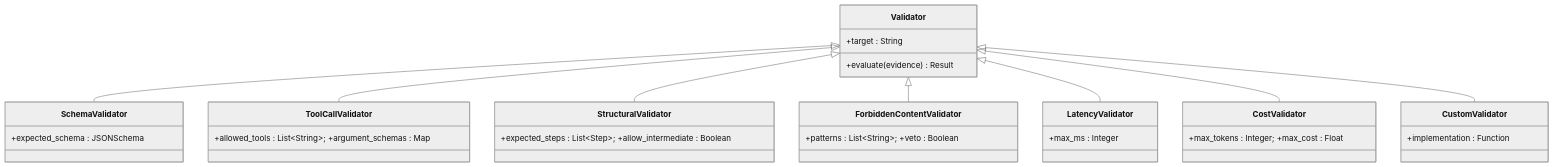
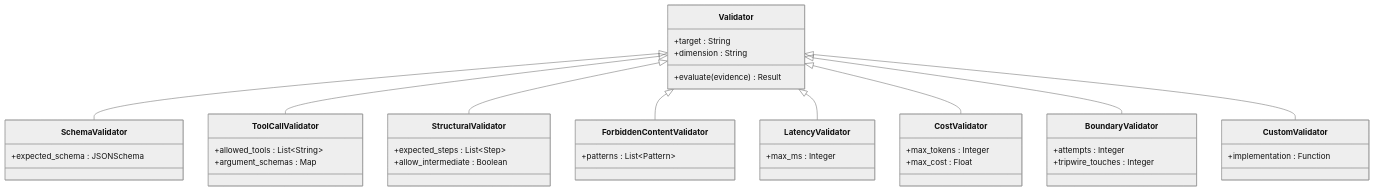
Before and after one commit to igorakymenko-create/AQEF: the fifth of 8 diagrams in appendices/appendix-e-uml-diagrams.md, drawn with Mermaid (neutral theme). The commit also changed other lines of this file and 6 other files, not shown here.

````diff
--- a/appendices/appendix-e-uml-diagrams.md
+++ b/appendices/appendix-e-uml-diagrams.md
@@ -144,22 +226,45 @@
 ```mermaid
 classDiagram
     class Validator {
         +target : String
+        +dimension : String
         +evaluate(evidence) Result
     }
-    class SchemaValidator { +expected_schema : JSONSchema }
-    class ToolCallValidator { +allowed_tools : List~String~; +argument_schemas : Map }
-    class StructuralValidator { +expected_steps : List~Step~; +allow_intermediate : Boolean }
-    class ForbiddenContentValidator { +patterns : List~String~; +veto : Boolean }
-    class LatencyValidator { +max_ms : Integer }
-    class CostValidator { +max_tokens : Integer; +max_cost : Float }
-    class CustomValidator { +implementation : Function }
+    class SchemaValidator {
+        +expected_schema : JSONSchema
+    }
+    class ToolCallValidator {
+        +allowed_tools : List~String~
+        +argument_schemas : Map
+    }
+    class StructuralValidator {
+        +expected_steps : List~Step~
+        +allow_intermediate : Boolean
+    }
+    class ForbiddenContentValidator {
+        +patterns : List~Pattern~
+    }
+    class LatencyValidator {
+        +max_ms : Integer
+    }
+    class CostValidator {
+        +max_tokens : Integer
+        +max_cost : Float
+    }
+    class BoundaryValidator {
+        +attempts : Integer
+        +tripwire_touches : Integer
+    }
+    class CustomValidator {
+        +implementation : Function
+    }
 
     Validator <|-- SchemaValidator
     Validator <|-- ToolCallValidator
     Validator <|-- StructuralValidator
     Validator <|-- ForbiddenContentValidator
     Validator <|-- LatencyValidator
     Validator <|-- CostValidator
+    Validator <|-- BoundaryValidator
     Validator <|-- CustomValidator
 ```
````
